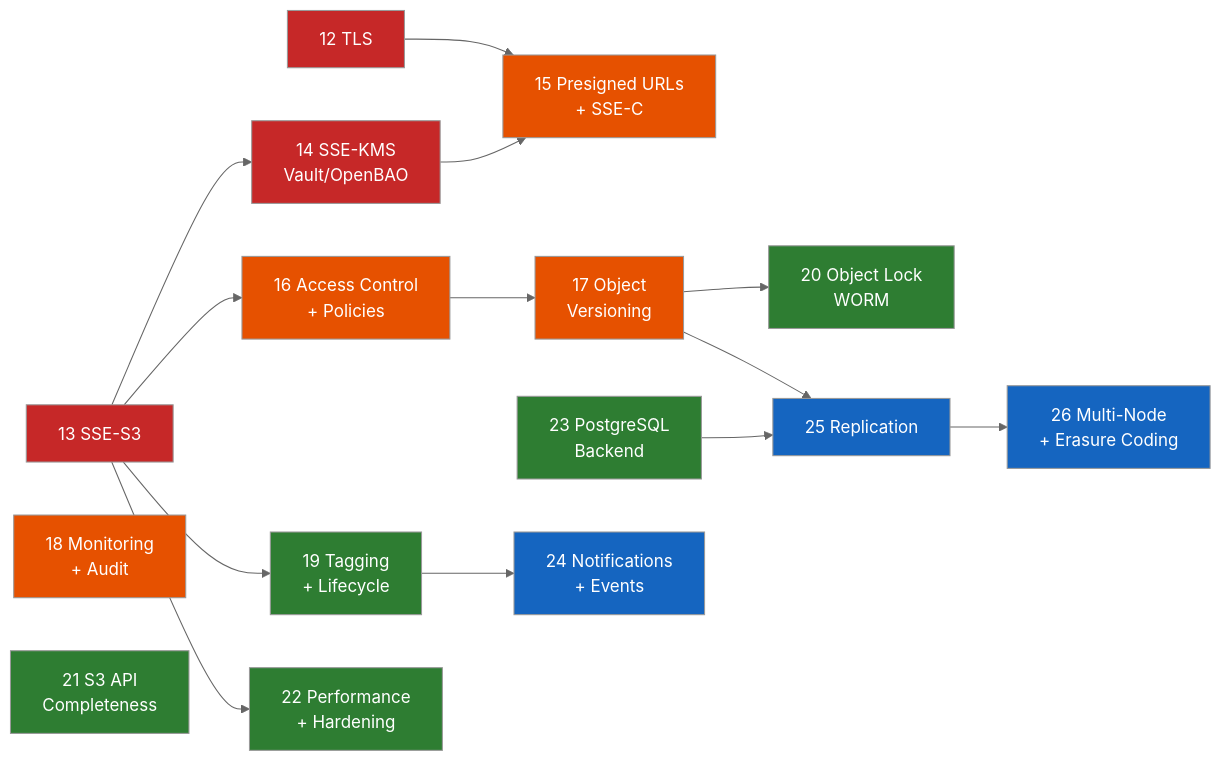
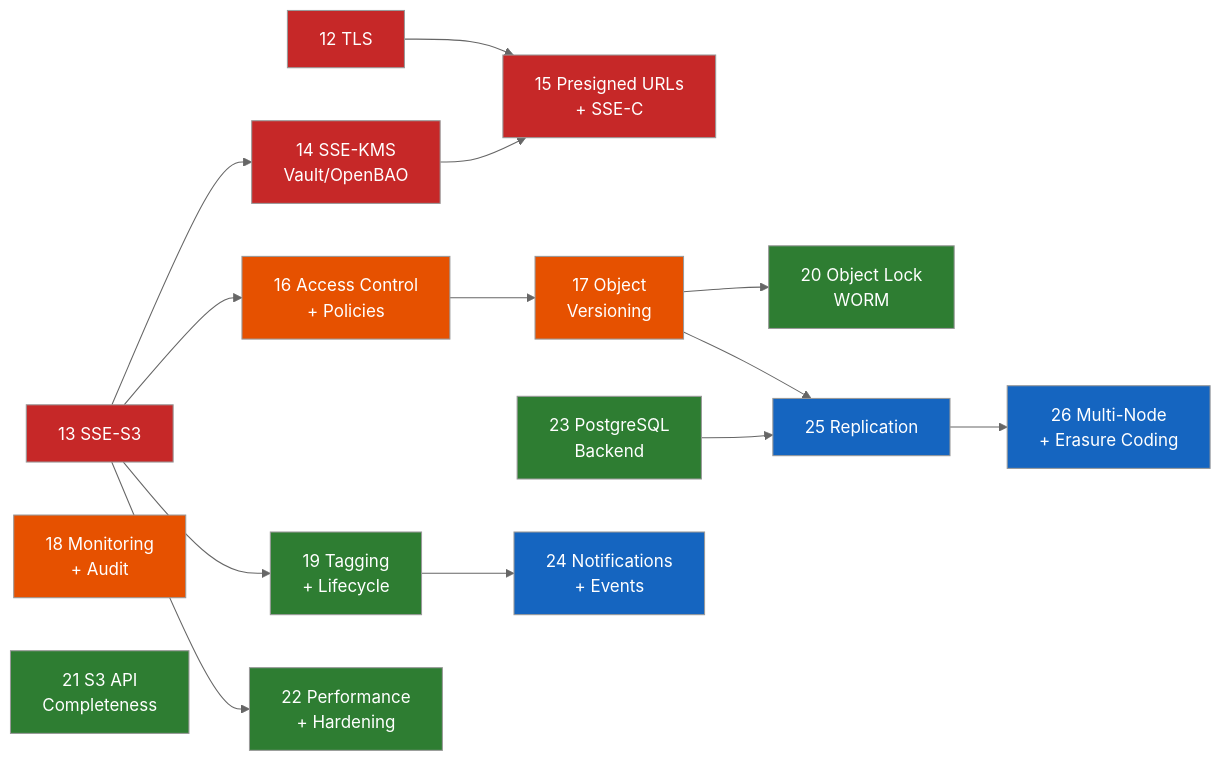
Before and after one commit to dxc-technology/arca: the diagram in documentation/docs/roadmap.md, drawn with Mermaid (neutral theme). The commit also changed other lines of this file and 32 other files, not shown here.

````diff
--- a/documentation/docs/roadmap.md
+++ b/documentation/docs/roadmap.md
@@ -52,34 +52,34 @@
 ```mermaid
 graph LR
     12["12 TLS"] --> 15["15 Presigned URLs\n+ SSE-C"]
     13["13 SSE-S3"] --> 14["14 SSE-KMS\nVault/OpenBAO"]
     14 --> 15
     13 --> 16["16 Access Control\n+ Policies"]
     13 --> 19["19 Tagging\n+ Lifecycle"]
     16 --> 17["17 Object\nVersioning"]
     17 --> 20["20 Object Lock\nWORM"]
     19 --> 24["24 Notifications\n+ Events"]
     17 --> 25["25 Replication"]
     13 --> 22["22 Performance\n+ Hardening"]
     23["23 PostgreSQL\nBackend"] --> 25
     25 --> 26["26 Multi-Node\n+ Erasure Coding"]
 
     style 12 fill:#c62828,color:#fff
     style 13 fill:#c62828,color:#fff
     style 14 fill:#c62828,color:#fff
-    style 15 fill:#e65100,color:#fff
+    style 15 fill:#c62828,color:#fff
     style 16 fill:#e65100,color:#fff
     style 17 fill:#e65100,color:#fff
     style 18 fill:#e65100,color:#fff
     style 19 fill:#2e7d32,color:#fff
     style 20 fill:#2e7d32,color:#fff
     style 21 fill:#2e7d32,color:#fff
     style 22 fill:#2e7d32,color:#fff
     style 23 fill:#2e7d32,color:#fff
     style 24 fill:#1565c0,color:#fff
     style 25 fill:#1565c0,color:#fff
     style 26 fill:#1565c0,color:#fff
 
     18["18 Monitoring\n+ Audit"]
     21["21 S3 API\nCompleteness"]
 ```
````
